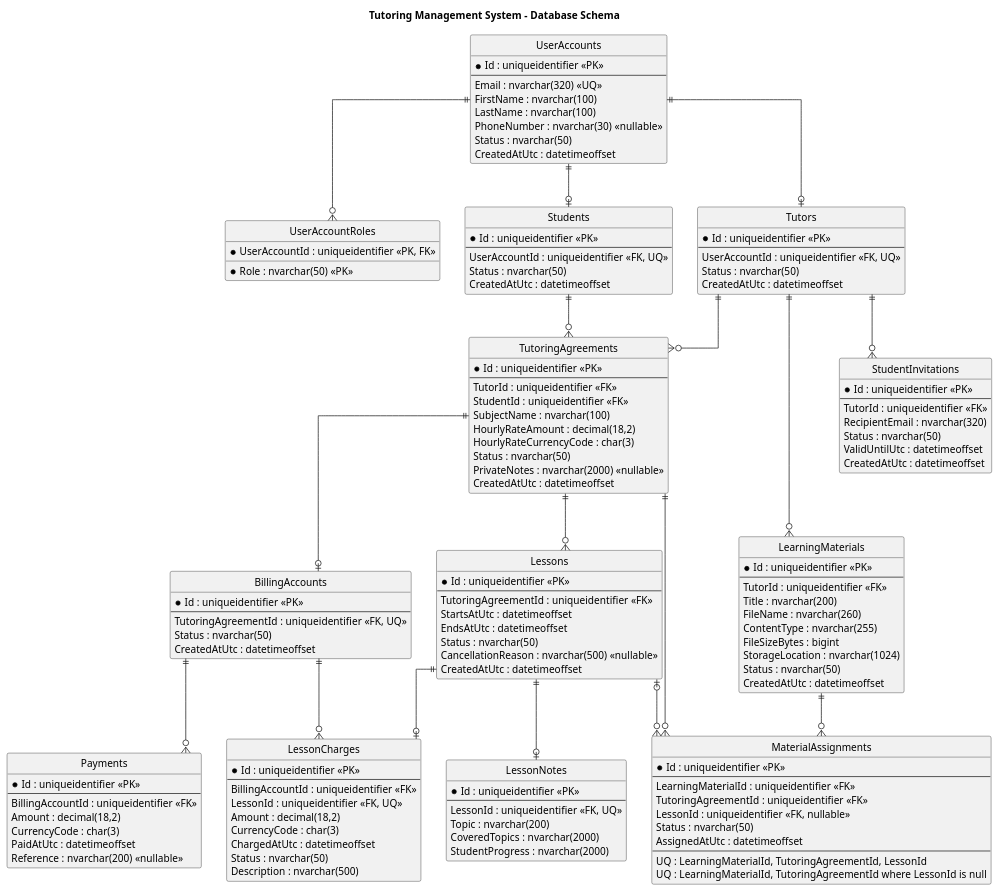
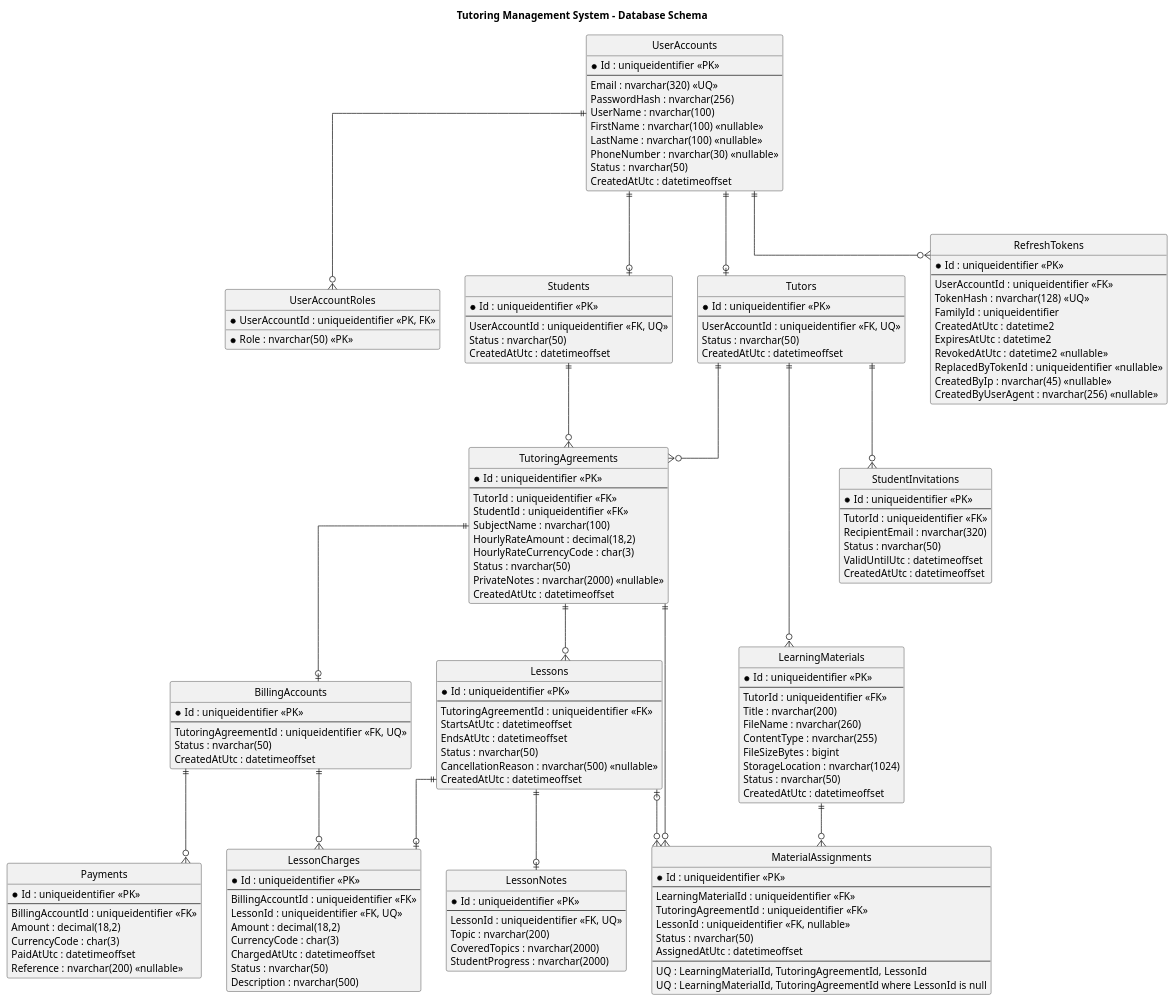
The diagram in docs/technical_docs/database_docs/database_schema.puml (JStec0312/Tutoring-CRM-System), drawn with PlantUML before and after one commit. The commit also changed 29 other files, not shown here.

```diff
--- a/docs/technical_docs/database_docs/database_schema.puml
+++ b/docs/technical_docs/database_docs/database_schema.puml
@@ -1,162 +1,179 @@
 @startuml
 
 title Tutoring Management System - Database Schema
 
 hide circle
 skinparam linetype ortho
 skinparam shadowing false
 
 entity UserAccounts {
     * Id : uniqueidentifier <<PK>>
     --
     Email : nvarchar(320) <<UQ>>
-    FirstName : nvarchar(100)
-    LastName : nvarchar(100)
+    PasswordHash : nvarchar(256)
+    UserName : nvarchar(100)
+    FirstName : nvarchar(100) <<nullable>>
+    LastName : nvarchar(100) <<nullable>>
     PhoneNumber : nvarchar(30) <<nullable>>
     Status : nvarchar(50)
     CreatedAtUtc : datetimeoffset
 }
 
 entity UserAccountRoles {
     * UserAccountId : uniqueidentifier <<PK, FK>>
     * Role : nvarchar(50) <<PK>>
 }
 
 entity Tutors {
     * Id : uniqueidentifier <<PK>>
     --
     UserAccountId : uniqueidentifier <<FK, UQ>>
     Status : nvarchar(50)
     CreatedAtUtc : datetimeoffset
 }
 
 entity Students {
     * Id : uniqueidentifier <<PK>>
     --
     UserAccountId : uniqueidentifier <<FK, UQ>>
     Status : nvarchar(50)
     CreatedAtUtc : datetimeoffset
 }
 
 entity TutoringAgreements {
     * Id : uniqueidentifier <<PK>>
     --
     TutorId : uniqueidentifier <<FK>>
     StudentId : uniqueidentifier <<FK>>
     SubjectName : nvarchar(100)
     HourlyRateAmount : decimal(18,2)
     HourlyRateCurrencyCode : char(3)
     Status : nvarchar(50)
     PrivateNotes : nvarchar(2000) <<nullable>>
     CreatedAtUtc : datetimeoffset
 }
 
 entity StudentInvitations {
     * Id : uniqueidentifier <<PK>>
     --
     TutorId : uniqueidentifier <<FK>>
     RecipientEmail : nvarchar(320)
     Status : nvarchar(50)
     ValidUntilUtc : datetimeoffset
     CreatedAtUtc : datetimeoffset
 }
 
 entity Lessons {
     * Id : uniqueidentifier <<PK>>
     --
     TutoringAgreementId : uniqueidentifier <<FK>>
     StartsAtUtc : datetimeoffset
     EndsAtUtc : datetimeoffset
     Status : nvarchar(50)
     CancellationReason : nvarchar(500) <<nullable>>
     CreatedAtUtc : datetimeoffset
 }
 
 entity LessonNotes {
     * Id : uniqueidentifier <<PK>>
     --
     LessonId : uniqueidentifier <<FK, UQ>>
     Topic : nvarchar(200)
     CoveredTopics : nvarchar(2000)
     StudentProgress : nvarchar(2000)
 }
 
 entity BillingAccounts {
     * Id : uniqueidentifier <<PK>>
     --
     TutoringAgreementId : uniqueidentifier <<FK, UQ>>
     Status : nvarchar(50)
     CreatedAtUtc : datetimeoffset
 }
 
 entity LessonCharges {
     * Id : uniqueidentifier <<PK>>
     --
     BillingAccountId : uniqueidentifier <<FK>>
     LessonId : uniqueidentifier <<FK, UQ>>
     Amount : decimal(18,2)
     CurrencyCode : char(3)
     ChargedAtUtc : datetimeoffset
     Status : nvarchar(50)
     Description : nvarchar(500)
 }
 
 entity Payments {
     * Id : uniqueidentifier <<PK>>
     --
     BillingAccountId : uniqueidentifier <<FK>>
     Amount : decimal(18,2)
     CurrencyCode : char(3)
     PaidAtUtc : datetimeoffset
     Reference : nvarchar(200) <<nullable>>
 }
 
 entity LearningMaterials {
     * Id : uniqueidentifier <<PK>>
     --
     TutorId : uniqueidentifier <<FK>>
     Title : nvarchar(200)
     FileName : nvarchar(260)
     ContentType : nvarchar(255)
     FileSizeBytes : bigint
     StorageLocation : nvarchar(1024)
     Status : nvarchar(50)
     CreatedAtUtc : datetimeoffset
 }
 
 entity MaterialAssignments {
     * Id : uniqueidentifier <<PK>>
     --
     LearningMaterialId : uniqueidentifier <<FK>>
     TutoringAgreementId : uniqueidentifier <<FK>>
     LessonId : uniqueidentifier <<FK, nullable>>
     Status : nvarchar(50)
     AssignedAtUtc : datetimeoffset
     --
     UQ : LearningMaterialId, TutoringAgreementId, LessonId
     UQ : LearningMaterialId, TutoringAgreementId where LessonId is null
 }
 
+entity RefreshTokens {
+    * Id : uniqueidentifier <<PK>>
+    --
+    UserAccountId : uniqueidentifier <<FK>>
+    TokenHash : nvarchar(128) <<UQ>>
+    FamilyId : uniqueidentifier
+    CreatedAtUtc : datetime2
+    ExpiresAtUtc : datetime2
+    RevokedAtUtc : datetime2 <<nullable>>
+    ReplacedByTokenId : uniqueidentifier <<nullable>>
+    CreatedByIp : nvarchar(45) <<nullable>>
+    CreatedByUserAgent : nvarchar(256) <<nullable>>
+}
+
 UserAccounts ||--o{ UserAccountRoles
 UserAccounts ||--o| Tutors
 UserAccounts ||--o| Students
+UserAccounts ||--o{ RefreshTokens
 
 Tutors ||--o{ TutoringAgreements
 Students ||--o{ TutoringAgreements
 
 Tutors ||--o{ StudentInvitations
 
 TutoringAgreements ||--o{ Lessons
 Lessons ||--o| LessonNotes
 
 TutoringAgreements ||--o| BillingAccounts
 BillingAccounts ||--o{ LessonCharges
 Lessons ||--o| LessonCharges
 BillingAccounts ||--o{ Payments
 
 Tutors ||--o{ LearningMaterials
 LearningMaterials ||--o{ MaterialAssignments
 TutoringAgreements ||--o{ MaterialAssignments
 Lessons |o--o{ MaterialAssignments
 
 @enduml
```
